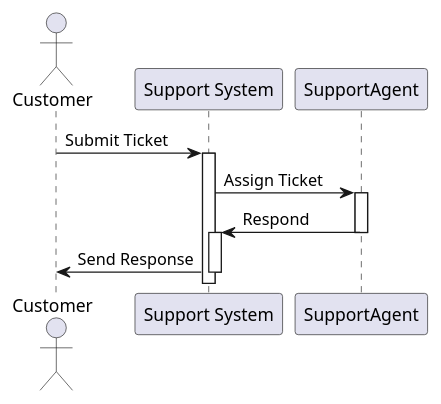
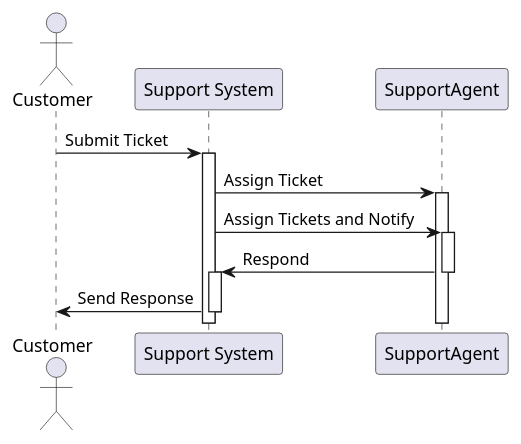
One commit to alladin7000/alladin7000.github.io changed the diagram in diagrams/s.puml. Above: the diagram before and after it, drawn with PlantUML.

```diff
--- a/diagrams/s.puml
+++ b/diagrams/s.puml
@@ -1,18 +1,21 @@
 @startuml
 actor Customer
 participant "Support System" as System
 participant "SupportAgent"
 
 Customer -> System : Submit Ticket
 activate System
 
 System -> SupportAgent : Assign Ticket
 activate SupportAgent
 
+System -> SupportAgent : Assign Tickets and Notify
+activate SupportAgent
+
 SupportAgent -> System : Respond
 deactivate SupportAgent
 activate System
 
 System -> Customer : Send Response
 deactivate System
 @enduml
```
